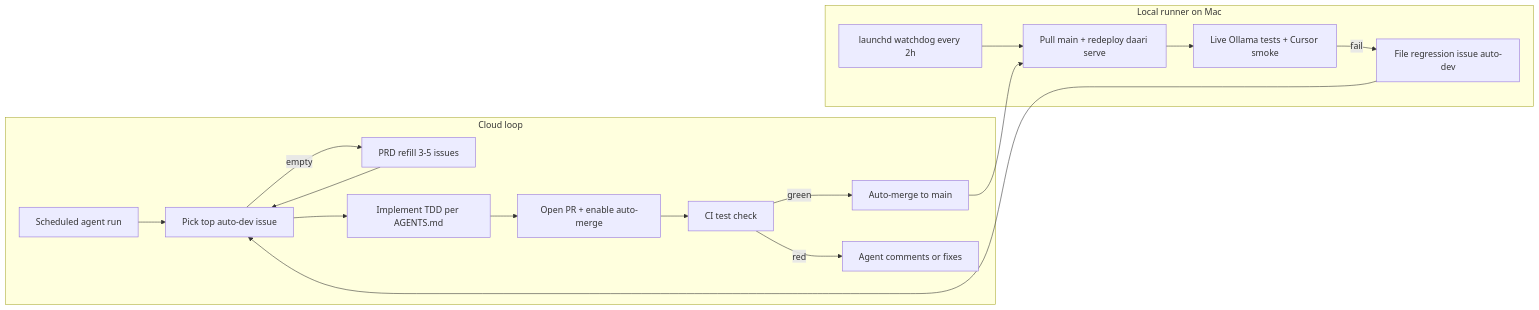
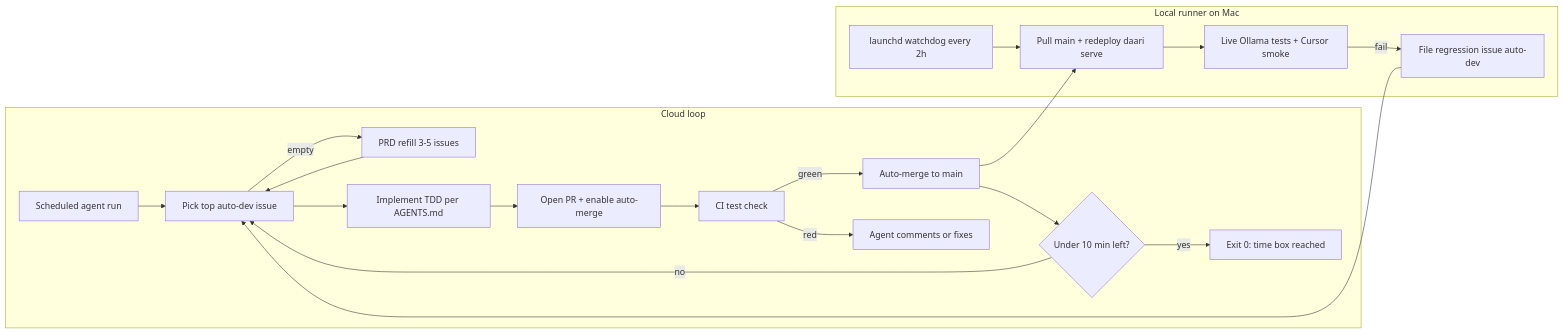
Before and after one commit to naveenreddyalka/daari: the diagram in docs/AUTOMATION.md, drawn with Mermaid. The commit also changed other lines of this file and 4 other files, not shown here.

First line of the commit message:
chore(autodev): time-box the dev-cycle loop so runs exit before timeout

````diff
--- a/docs/AUTOMATION.md
+++ b/docs/AUTOMATION.md
@@ -7,20 +7,23 @@
 ```mermaid
 flowchart LR
     subgraph cloudLoop [Cloud loop]
         Sched[Scheduled agent run] --> Pick[Pick top auto-dev issue]
         Pick -->|empty| Refill[PRD refill 3-5 issues]
         Refill --> Pick
         Pick --> Impl[Implement TDD per AGENTS.md]
         Impl --> PR[Open PR + enable auto-merge]
         PR --> CI[CI test check]
         CI -->|green| MergeStep[Auto-merge to main]
         CI -->|red| Fix[Agent comments or fixes]
+        MergeStep --> Clock{Under 10 min left?}
+        Clock -->|no| Pick
+        Clock -->|yes| Done[Exit 0: time box reached]
     end
     subgraph macLoop [Local runner on Mac]
         Watch[launchd watchdog every 2h] --> Pull[Pull main + redeploy daari serve]
         Pull --> Live[Live Ollama tests + Cursor smoke]
         Live -->|fail| Issue[File regression issue auto-dev]
     end
     MergeStep --> Pull
     Issue --> Pick
 ```
````
